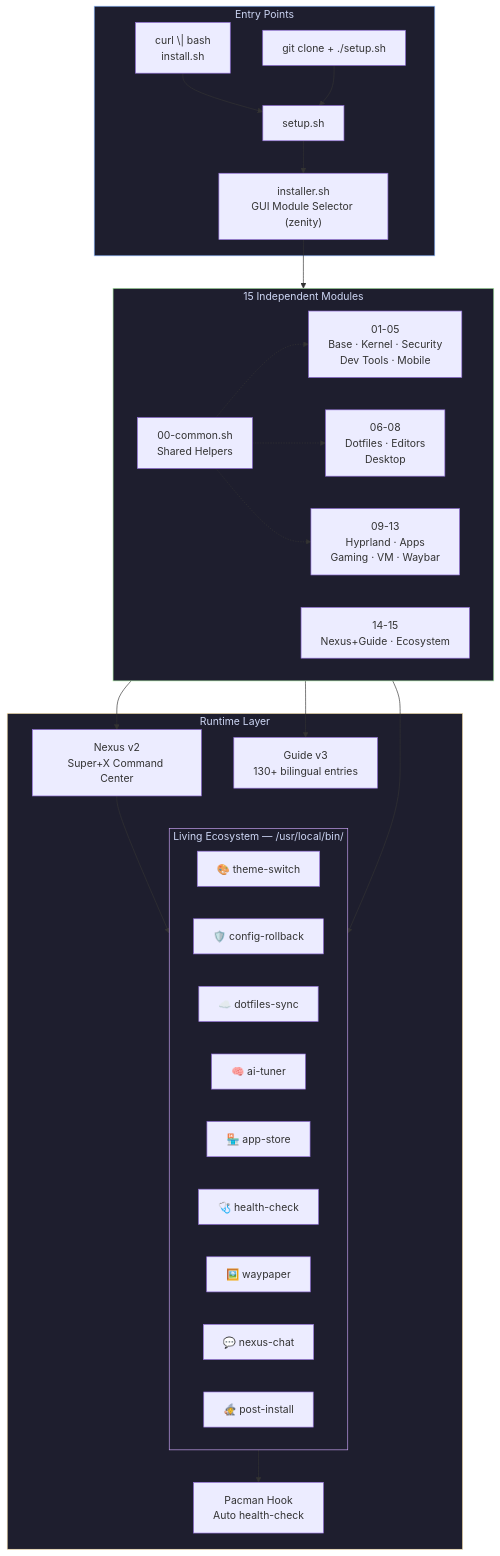
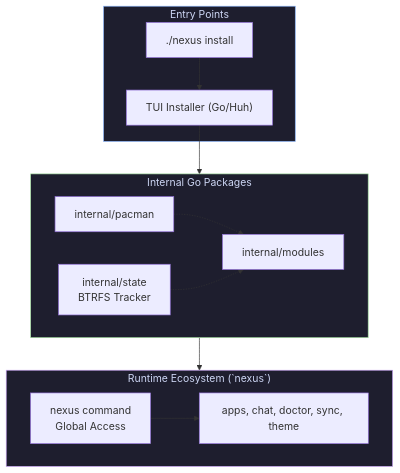
The diagram in README.md (anantaarthasejahtera/CachyOS-Workstation-Setup), drawn with Mermaid before and after one commit. The commit also changed other lines of this file and 73 other files, not shown here.

First line of the commit message:
v2.0.0 - The Go-Native Architecture (#11)

````diff
--- a/README.md
+++ b/README.md
@@ -211,48 +190,25 @@
 ```mermaid
 flowchart TB
     subgraph Entry["Entry Points"]
-        CURL["curl \| bash<br/>install.sh"] --> SETUP
-        MANUAL["git clone + ./setup.sh"] --> SETUP
-        SETUP["setup.sh"] --> GUI["installer.sh<br/>GUI Module Selector (zenity)"]
+        SETUP["./nexus install"] --> TUI["TUI Installer (Go/Huh)"]
     end
 
-    subgraph Modules["15 Independent Modules"]
+    subgraph Go["Internal Go Packages"]
         direction LR
-        M00["00-common.sh<br/>Shared Helpers"] -.-> M01 & M06 & M09
-        M01["01-05<br/>Base · Kernel · Security<br/>Dev Tools · Mobile"]
-        M06["06-08<br/>Dotfiles · Editors<br/>Desktop"]
-        M09["09-13<br/>Hyprland · Apps<br/>Gaming · VM · Waybar"]
-        M14["14-15<br/>Nexus+Guide · Ecosystem"]
+        PAC["internal/pacman"] -.-> MOD["internal/modules"]
+        STATE["internal/state<br/>BTRFS Tracker"] -.-> MOD
     end
 
-    GUI --> Modules
+    TUI --> Go
 
-    subgraph Ecosystem["Living Ecosystem — /usr/local/bin/"]
-        direction LR
-        TS["🎨 theme-switch"]
-        CR["🛡️ config-rollback"]
-        DS["☁️ dotfiles-sync"]
-        AT["🧠 ai-tuner"]
-        AS["🏪 app-store"]
-        HC["🩺 health-check"]
-        WP["🖼️ waypaper"]
-        NC["💬 nexus-chat"]
-        PI["🧙 post-install"]
+    subgraph Runtime["Runtime Ecosystem (`nexus`)"]
+        NEXUS["nexus command<br/>Global Access"]
+        NEXUS --> COMMANDS["apps, chat, doctor, sync, theme"]
     end
 
-    M14 --> Ecosystem
-
-    subgraph Runtime["Runtime Layer"]
-        NEXUS["Nexus v2<br/>Super+X Command Center"] --> Ecosystem
-        GUIDE["Guide v3<br/>130+ bilingual entries"]
-        HOOK["Pacman Hook<br/>Auto health-check"]
-    end
-
-    M14 --> NEXUS & GUIDE
-    HC --> HOOK
+    Go --> Runtime
 
     style Entry fill:#1e1e2e,stroke:#89b4fa,color:#cdd6f4
-    style Modules fill:#1e1e2e,stroke:#a6e3a1,color:#cdd6f4
-    style Ecosystem fill:#1e1e2e,stroke:#cba6f7,color:#cdd6f4
-    style Runtime fill:#1e1e2e,stroke:#f9e2af,color:#cdd6f4
+    style Go fill:#1e1e2e,stroke:#a6e3a1,color:#cdd6f4
+    style Runtime fill:#1e1e2e,stroke:#cba6f7,color:#cdd6f4
 ```
````
